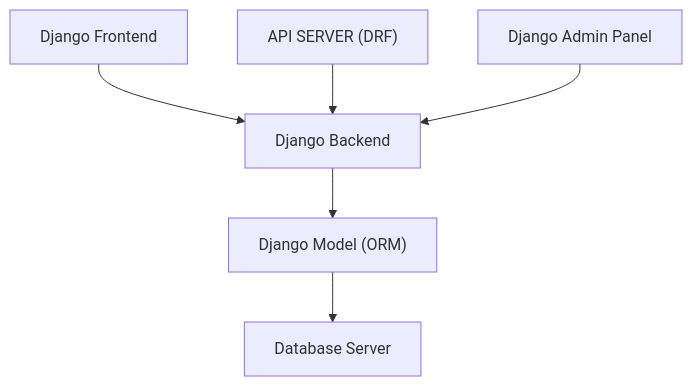
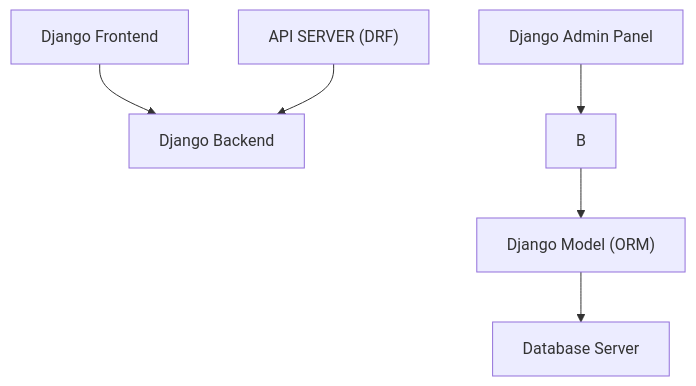
The diagram in docs/project_archetecture.md (binaryloom/TaskManagementSystem), drawn with Mermaid before and after one commit.

Commit message:
Mar 3, 2024, 10:19 PM

````diff
--- a/docs/project_archetecture.md
+++ b/docs/project_archetecture.md
@@ -7,9 +7,9 @@
 ```mermaid
 graph TD;
-    A["Django Frontend"] --> B["Django Backend"];
-    C["API SERVER (DRF)"] --> B;
+    django_frontend["Django Frontend"] --> django_backend["Django Backend"];
+    api_server["API SERVER (DRF)"] --> django_backend;
     D["Django Admin Panel"] --> B;
-    B --> E["Django Model (ORM)"]
-    E --> F["Database Server"]
+    B --> E["Django Model (ORM)"];
+    E --> F["Database Server"];
 
 ```
````
